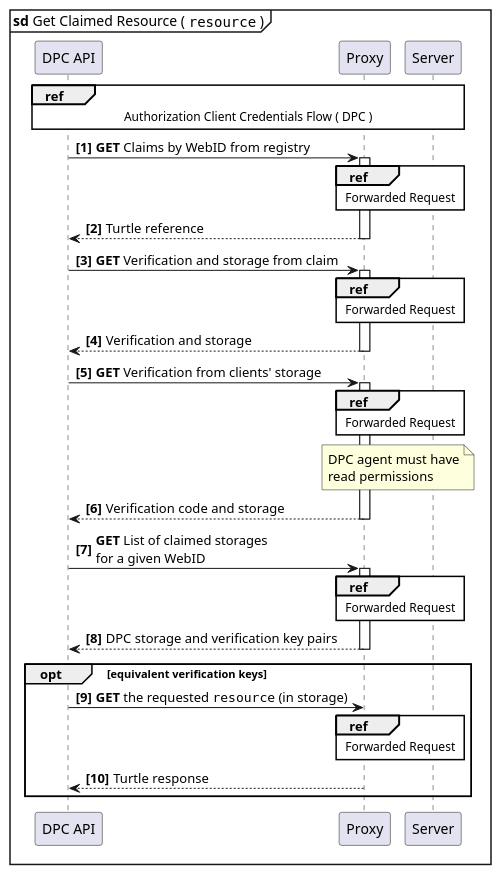
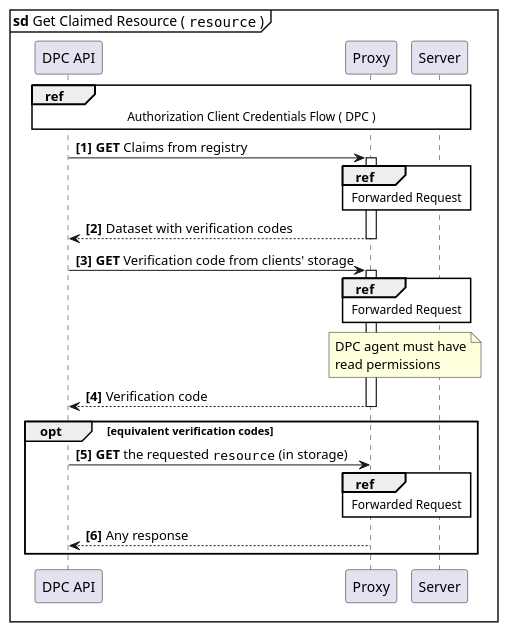
One commit to guddii/SEACT changed the diagram in docs/resources/diagrams/sd_Get_claimed_resource.puml. Above: the diagram before and after it, drawn with PlantUML. The commit also changed 58 other files, not shown here.

```diff
--- a/docs/resources/diagrams/sd_Get_claimed_resource.puml
+++ b/docs/resources/diagrams/sd_Get_claimed_resource.puml
@@ -1,35 +1,31 @@
 @startuml
 'https://plantuml.com/sequence-diagram
 
 skinparam sequenceReferenceBackgroundColor white
 
 mainframe **sd** Get Claimed Resource ( ""resource"" )
 autonumber 1 1 "<b>[0]"
 
 participant "DPC API" as DPC_API
 participant "Proxy" as Proxy
 participant "Server" as Server
 
 ref over DPC_API,Proxy,Server           : Authorization Client Credentials Flow ( DPC )
-DPC_API     ->  Proxy                ++  : **GET** Claims by WebID from registry
+DPC_API     ->  Proxy                ++  : **GET** Claims from registry
 ref over Proxy, Server                  : Forwarded Request
-DPC_API     <-- Proxy                --  : Turtle reference
-DPC_API     ->  Proxy                ++  : **GET** Verification and storage from claim
-ref over Proxy, Server                  : Forwarded Request
-DPC_API     <-- Proxy                --  : Verification and storage
-DPC_API     ->  Proxy                ++  : **GET** Verification from clients' storage
+DPC_API     <-- Proxy                --  : Dataset with verification codes
+
+DPC_API     ->  Proxy                ++  : **GET** Verification code from clients' storage
 ref over Proxy, Server                  : Forwarded Request
 note over Proxy, Server
 DPC agent must have
 read permissions
 end note
-DPC_API     <-- Proxy                --  : Verification code and storage
-DPC_API     ->  Proxy               ++  : **GET** List of claimed storages\nfor a given WebID
-ref over Proxy, Server                  : Forwarded Request
-DPC_API     <-- Proxy               --  : DPC storage and verification key pairs
-opt equivalent verification keys
+DPC_API     <-- Proxy                --  : Verification code
+
+opt equivalent verification codes
 DPC_API     ->  Proxy                 : **GET** the requested ""resource"" (in storage)
 ref over Proxy, Server                  : Forwarded Request
-DPC_API     <-- Proxy                 : Turtle response
+DPC_API     <-- Proxy                 : Any response
 end
 @enduml
```
